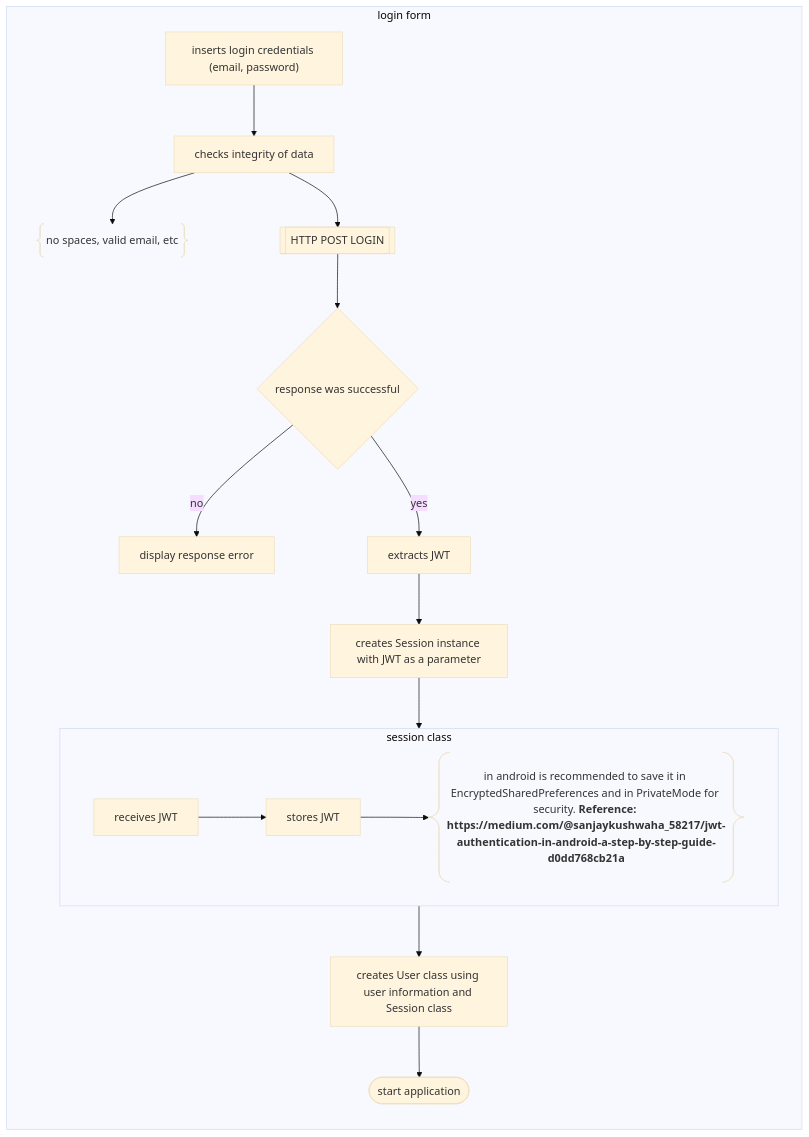
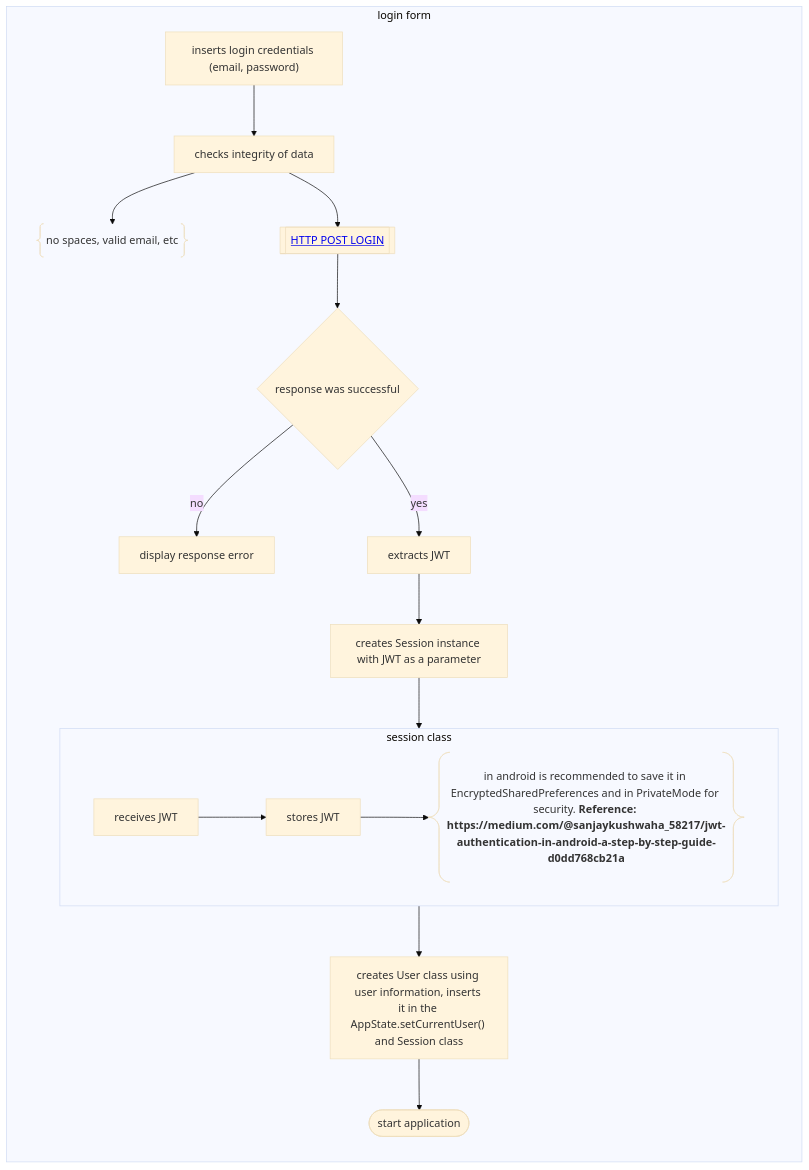
One commit to Lenninssp/Cannin-Tickets changed the second of 5 diagrams in docs/auth.md. Above: the diagram before and after it, drawn with Mermaid (base theme). The commit also changed other lines of this file and 2 other files, not shown here.

````diff
--- a/docs/auth.md
+++ b/docs/auth.md
@@ -23,22 +23,22 @@
 ```mermaid
 flowchart TD
   subgraph login_form [login form]
   direction TB
   A["inserts login credentials (email, password)"]
   A --> B[checks integrity of data] --> Bex@{ shape: braces, label: "no spaces, valid email, etc" }
-  B --> C[["HTTP POST LOGIN"]]
+  B --> C[["<a href="#http-post-login">HTTP POST LOGIN</a>"]]
   C --> D{response was successful}
   D -- no --> Derr[display response error]
   D -- yes --> E[extracts JWT]
   E --> F[creates Session instance with JWT as a parameter]
   subgraph FClass[session class]
   FA[receives JWT]
   FA --> FB[stores JWT] --> Fex@{shape: braces, label: "in android is recommended to save it in EncryptedSharedPreferences and in PrivateMode for security. <b>Reference<b/>: <a>https://medium.com/@sanjaykushwaha_58217/jwt-authentication-in-android-a-step-by-step-guide-d0dd768cb21a</a>"}
   end
   F --> FClass
-  FClass --> G[creates User class using user information and Session class]
+  FClass --> G["creates User class using user information, inserts it in the AppState.setCurrentUser() and Session class"]
   G --> 
   finish([start application])
   end
 
 ```
````
